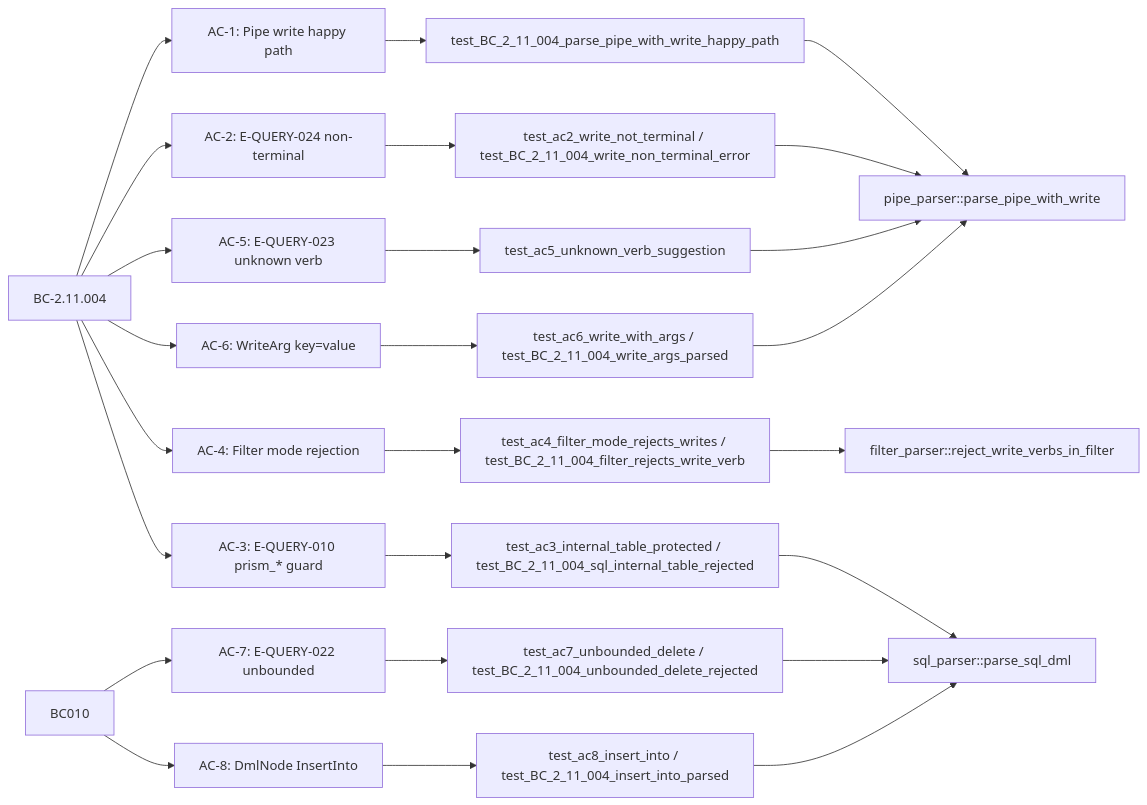
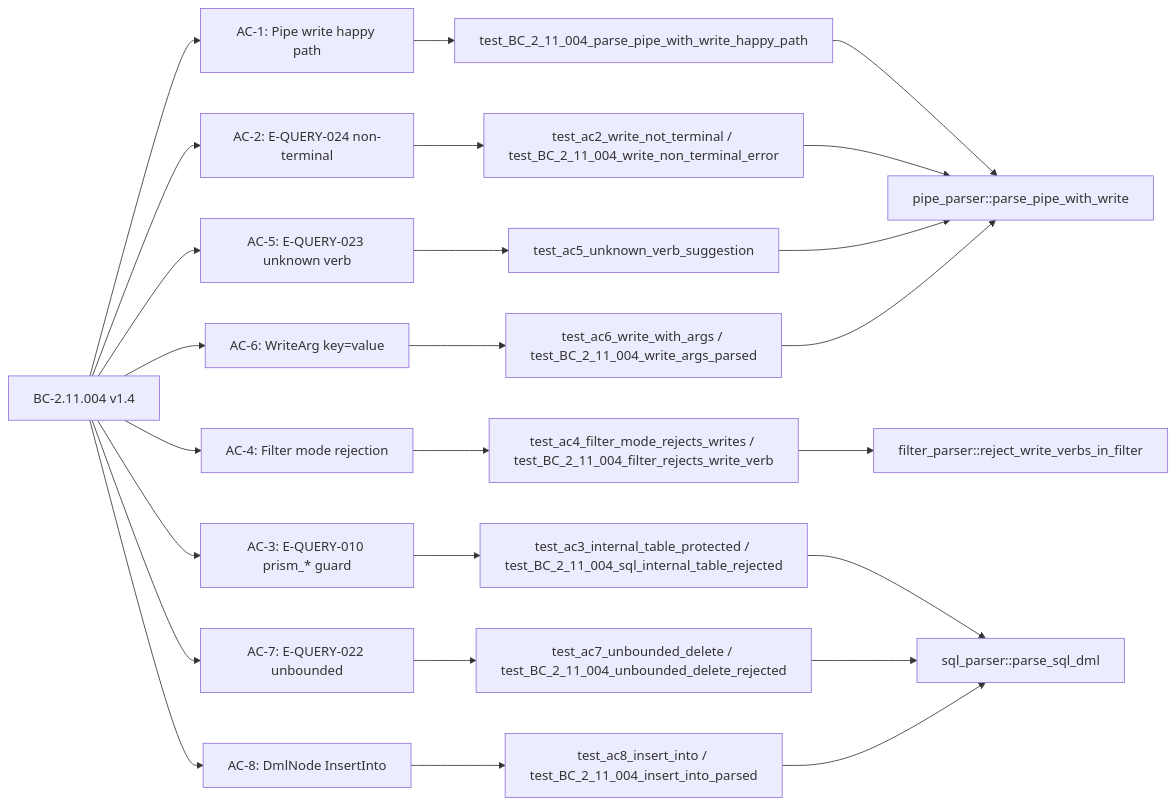
The third of 3 diagrams in code-delivery/S-3.06/pr-description.md (drbothen/prism), drawn with Mermaid before and after one commit. The commit also changed other lines of this file and 1 other file, not shown here.

````diff
--- a/code-delivery/S-3.06/pr-description.md
+++ b/code-delivery/S-3.06/pr-description.md
@@ -66,27 +66,27 @@
 ```mermaid
 flowchart LR
     BC004[BC-2.11.004 v1.4] --> AC1[AC-1: Pipe write happy path]
     BC004 --> AC2[AC-2: E-QUERY-024 non-terminal]
     BC004 --> AC5[AC-5: E-QUERY-023 unknown verb]
     BC004 --> AC6[AC-6: WriteArg key=value]
     BC004 --> AC4[AC-4: Filter mode rejection]
-    BC004[BC-2.11.004] --> AC3[AC-3: E-QUERY-010 prism_* guard]
-    BC010 --> AC7[AC-7: E-QUERY-022 unbounded]
-    BC010 --> AC8[AC-8: DmlNode InsertInto]
+    BC004 --> AC3[AC-3: E-QUERY-010 prism_* guard]
+    BC004 --> AC7[AC-7: E-QUERY-022 unbounded]
+    BC004 --> AC8[AC-8: DmlNode InsertInto]
     AC1 --> T1[test_BC_2_11_004_parse_pipe_with_write_happy_path]
     AC2 --> T2[test_ac2_write_not_terminal / test_BC_2_11_004_write_non_terminal_error]
     AC3 --> T3[test_ac3_internal_table_protected / test_BC_2_11_004_sql_internal_table_rejected]
     AC4 --> T4[test_ac4_filter_mode_rejects_writes / test_BC_2_11_004_filter_rejects_write_verb]
     AC5 --> T5[test_ac5_unknown_verb_suggestion]
     AC6 --> T6[test_ac6_write_with_args / test_BC_2_11_004_write_args_parsed]
     AC7 --> T7[test_ac7_unbounded_delete / test_BC_2_11_004_unbounded_delete_rejected]
     AC8 --> T8[test_ac8_insert_into / test_BC_2_11_004_insert_into_parsed]
     T1 --> I1[pipe_parser::parse_pipe_with_write]
     T2 --> I1
     T3 --> I2[sql_parser::parse_sql_dml]
     T4 --> I3[filter_parser::reject_write_verbs_in_filter]
     T5 --> I1
     T6 --> I1
     T7 --> I2
     T8 --> I2
 ```
````
